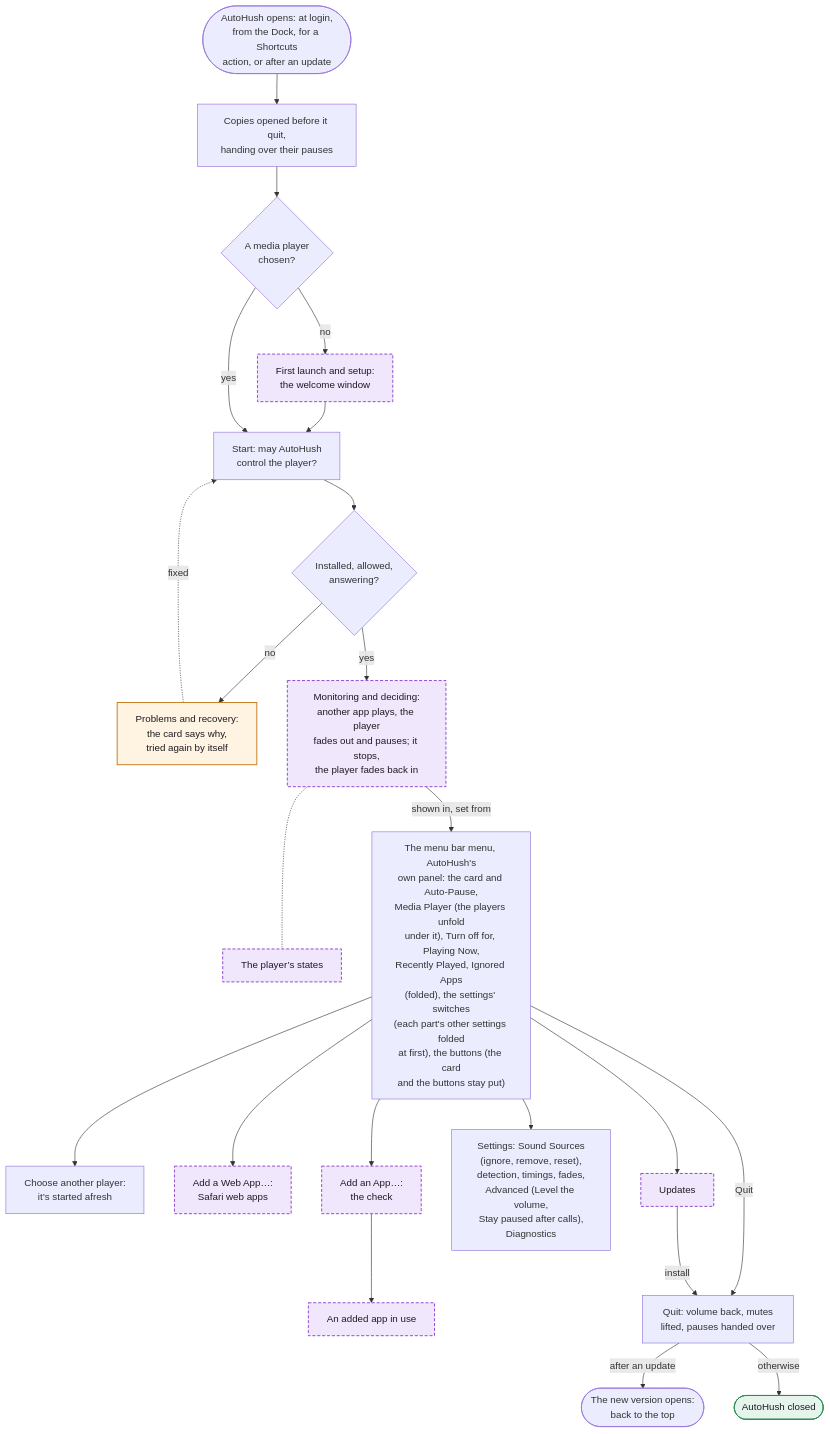
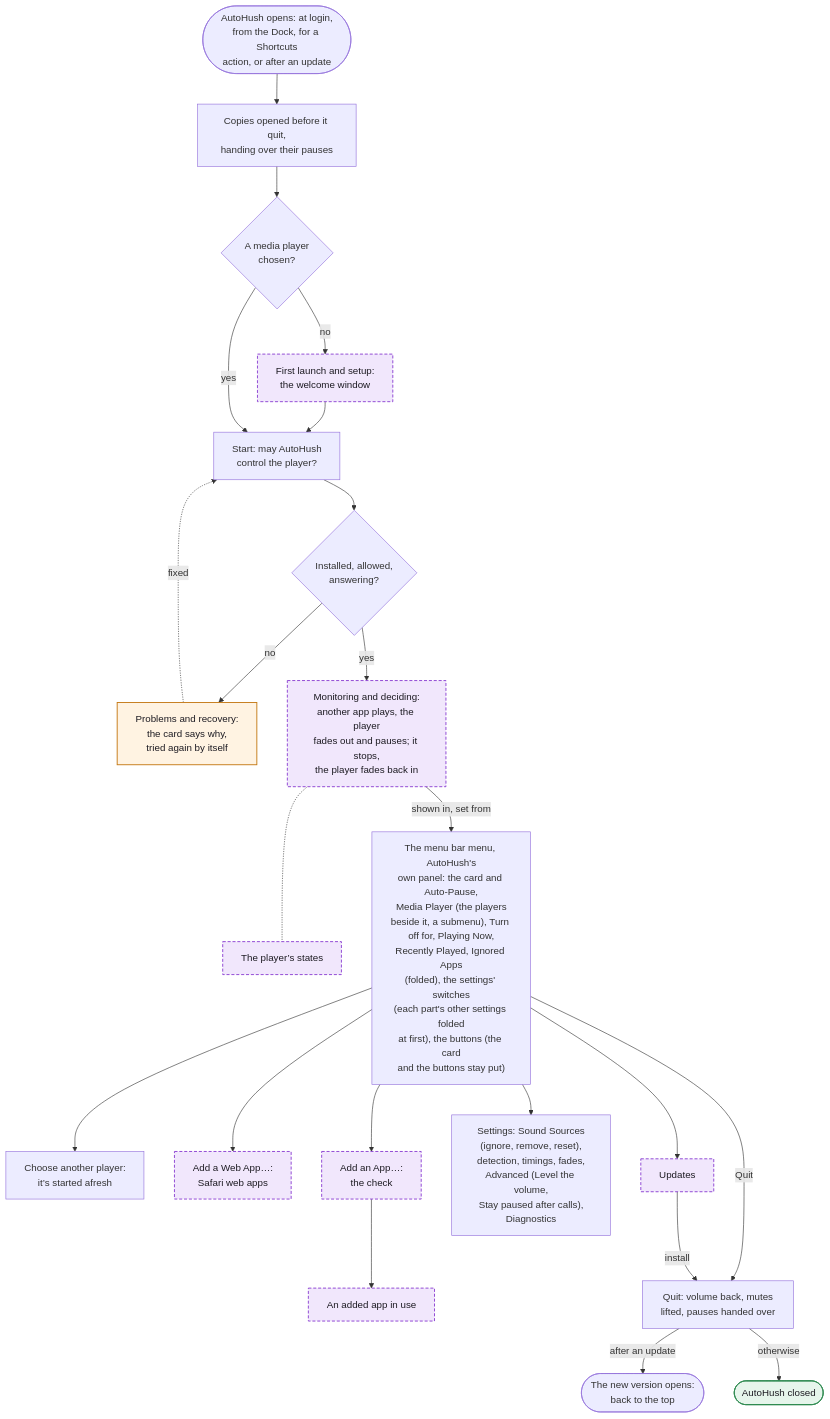
The first of 14 diagrams in WORKFLOWS.md (hfustercabre/AutoHush), drawn with Mermaid before and after one commit. The commit also changed 18 other files, not shown here.

First line of the commit message:
feat: Media Player and Ignored Apps open a side window beside the menu

````diff
--- a/WORKFLOWS.md
+++ b/WORKFLOWS.md
@@ -24,48 +24,48 @@
 ```mermaid
 flowchart TD
   L(["AutoHush opens: at login,<br/>from the Dock, for a Shortcuts<br/>action, or after an update"])
   O["Copies opened before it quit,<br/>handing over their pauses"]
   C{"A media player<br/>chosen?"}
   W["First launch and setup:<br/>the welcome window"]
   S["Start: may AutoHush<br/>control the player?"]
   P{"Installed, allowed,<br/>answering?"}
   R["Problems and recovery:<br/>the card says why,<br/>tried again by itself"]
   M["Monitoring and deciding:<br/>another app plays, the player<br/>fades out and pauses; it stops,<br/>the player fades back in"]
   ST["The player’s states"]
-  MENU["The menu bar menu, AutoHush's<br/>own panel: the card and Auto-Pause,<br/>Media Player (the players unfold<br/>under it), Turn off for, Playing Now,<br/>Recently Played, Ignored Apps<br/>(folded), the settings' switches<br/>(each part's other settings folded<br/>at first), the buttons (the card<br/>and the buttons stay put)"]
+  MENU["The menu bar menu, AutoHush's<br/>own panel: the card and Auto-Pause,<br/>Media Player (the players<br/>beside it, a submenu), Turn off for, Playing Now,<br/>Recently Played, Ignored Apps<br/>(folded), the settings' switches<br/>(each part's other settings folded<br/>at first), the buttons (the card<br/>and the buttons stay put)"]
   CH["Choose another player:<br/>it’s started afresh"]
   WA["Add a Web App…:<br/>Safari web apps"]
   AA["Add an App…:<br/>the check"]
   AU["An added app in use"]
   SET["Settings: Sound Sources<br/>(ignore, remove, reset),<br/>detection, timings, fades,<br/>Advanced (Level the volume,<br/>Stay paused after calls),<br/>Diagnostics"]
   UP["Updates"]
   Q["Quit: volume back, mutes<br/>lifted, pauses handed over"]
   RL(["The new version opens:<br/>back to the top"])
   QX(["AutoHush closed"])
 
   L --> O --> C
   C -->|"no"| W --> S
   C -->|"yes"| S
   S --> P
   P -->|"no"| R
   R -.->|"fixed"| S
   P -->|"yes"| M
   M -.- ST
   M -->|"shown in, set from"| MENU
   MENU --> CH
   MENU --> WA
   MENU --> AA --> AU
   MENU --> SET
   MENU --> UP
   MENU -->|"Quit"| Q
   UP -->|"install"| Q
   Q -->|"after an update"| RL
   Q -->|"otherwise"| QX
 
   class W,M,ST,WA,AA,AU,UP ref
   class R warn
   class QX done
   classDef ref fill:#f1e7fc,stroke:#8a3fd1,stroke-width:1.5px,stroke-dasharray: 5 3,color:#1d1b22
   classDef warn fill:#fff3e2,stroke:#c47812,stroke-width:1.5px,color:#1d1b22
   classDef done fill:#e6f5eb,stroke:#2f8a50,stroke-width:1.5px,color:#1d1b22
 ```
````
